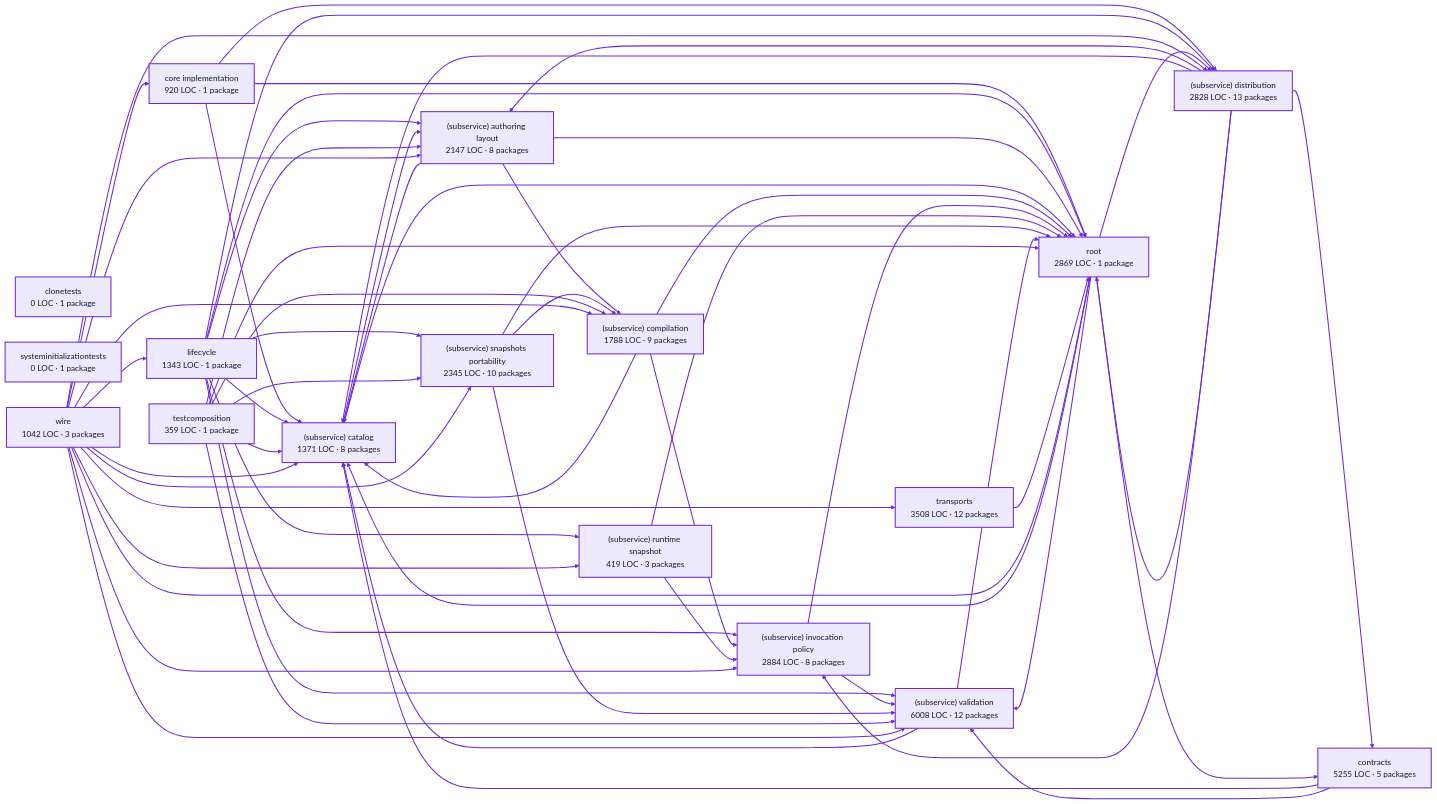
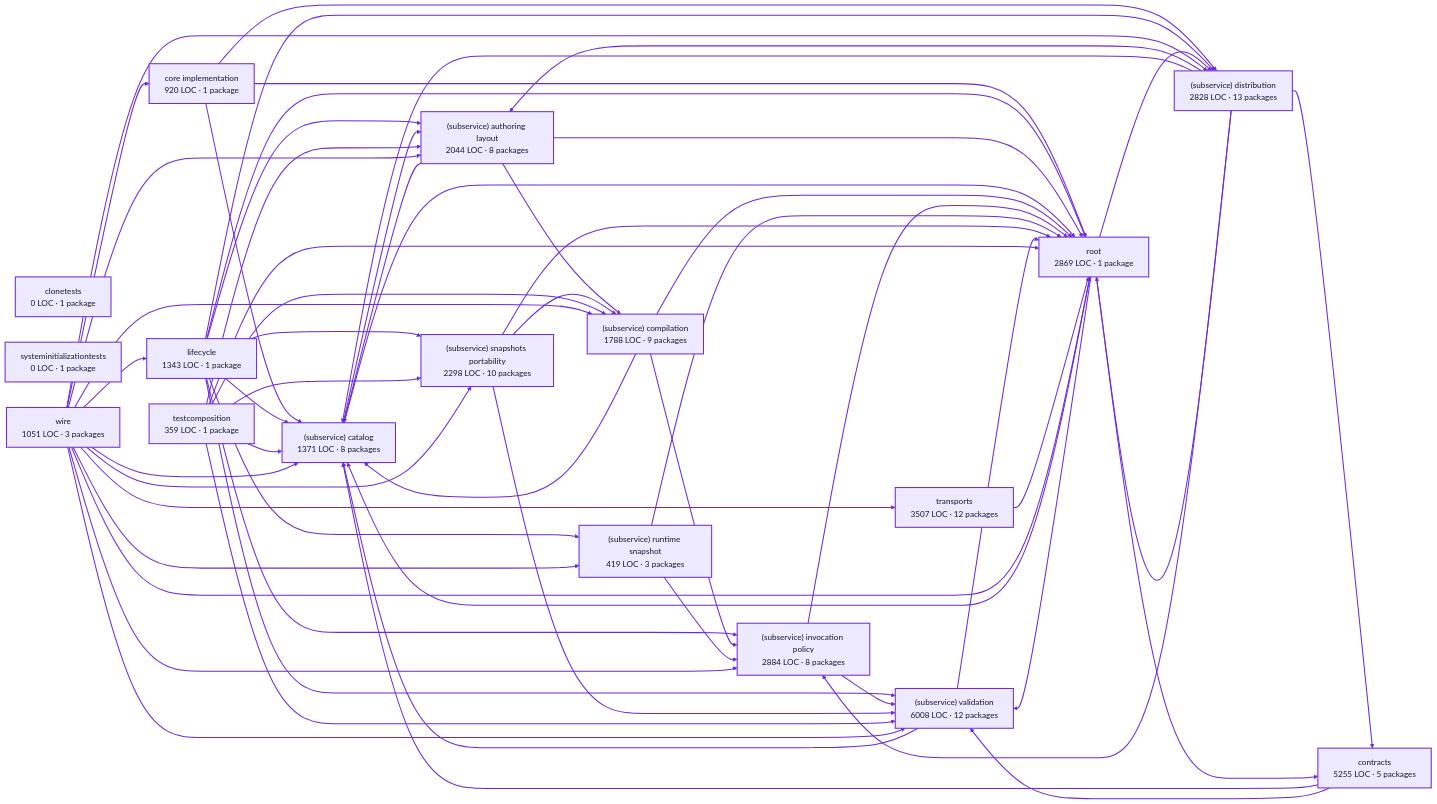
The diagram in docs/architecture/visualizations/services/factory_definitions.md (portpowered/you-agent-factory), drawn with Mermaid (base theme) before and after one commit. The commit also changed other lines of this file and 21 other files, not shown here.

Commit message:
docs: refresh backend architecture visualizations

```diff
--- a/docs/architecture/visualizations/services/factory_definitions.md
+++ b/docs/architecture/visualizations/services/factory_definitions.md
@@ -14,19 +14,19 @@
   p1["core implementation<br/>920 LOC · 1 package"]
   p2["contracts<br/>5255 LOC · 5 packages"]
   p3["lifecycle<br/>1343 LOC · 1 package"]
-  p4["(subservice) authoring layout<br/>2147 LOC · 8 packages"]
+  p4["(subservice) authoring layout<br/>2044 LOC · 8 packages"]
   p5["(subservice) catalog<br/>1371 LOC · 8 packages"]
   p6["(subservice) compilation<br/>1788 LOC · 9 packages"]
   p7["(subservice) distribution<br/>2828 LOC · 13 packages"]
   p8["(subservice) invocation policy<br/>2884 LOC · 8 packages"]
   p9["(subservice) runtime snapshot<br/>419 LOC · 3 packages"]
-  p10["(subservice) snapshots portability<br/>2345 LOC · 10 packages"]
+  p10["(subservice) snapshots portability<br/>2298 LOC · 10 packages"]
   p11["(subservice) validation<br/>6008 LOC · 12 packages"]
   p12["testcomposition<br/>359 LOC · 1 package"]
   p13["root<br/>2869 LOC · 1 package"]
   p14["systeminitializationtests<br/>0 LOC · 1 package"]
-  p15["transports<br/>3508 LOC · 12 packages"]
-  p16["wire<br/>1042 LOC · 3 packages"]
+  p15["transports<br/>3507 LOC · 12 packages"]
+  p16["wire<br/>1051 LOC · 3 packages"]
   p1 --> p5
   p1 --> p7
   p1 --> p13
```
